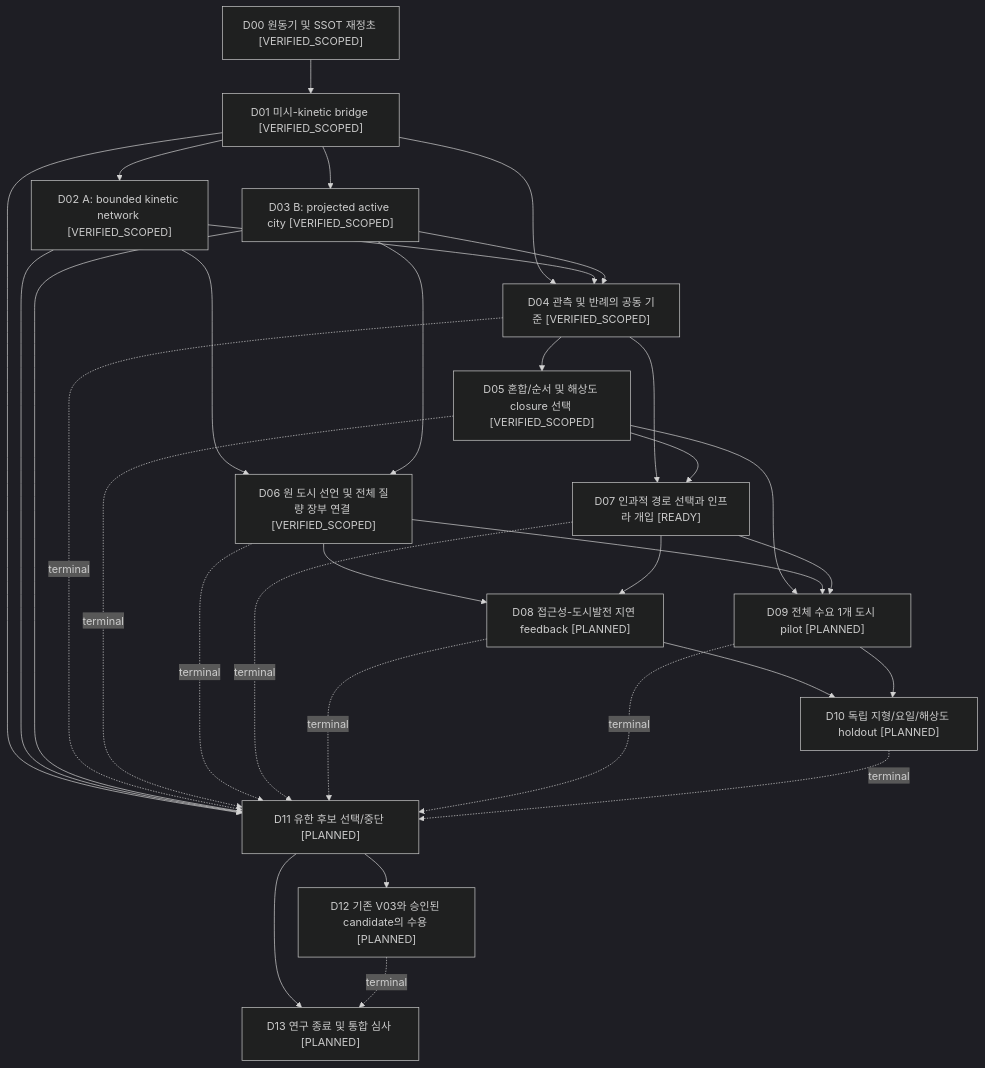
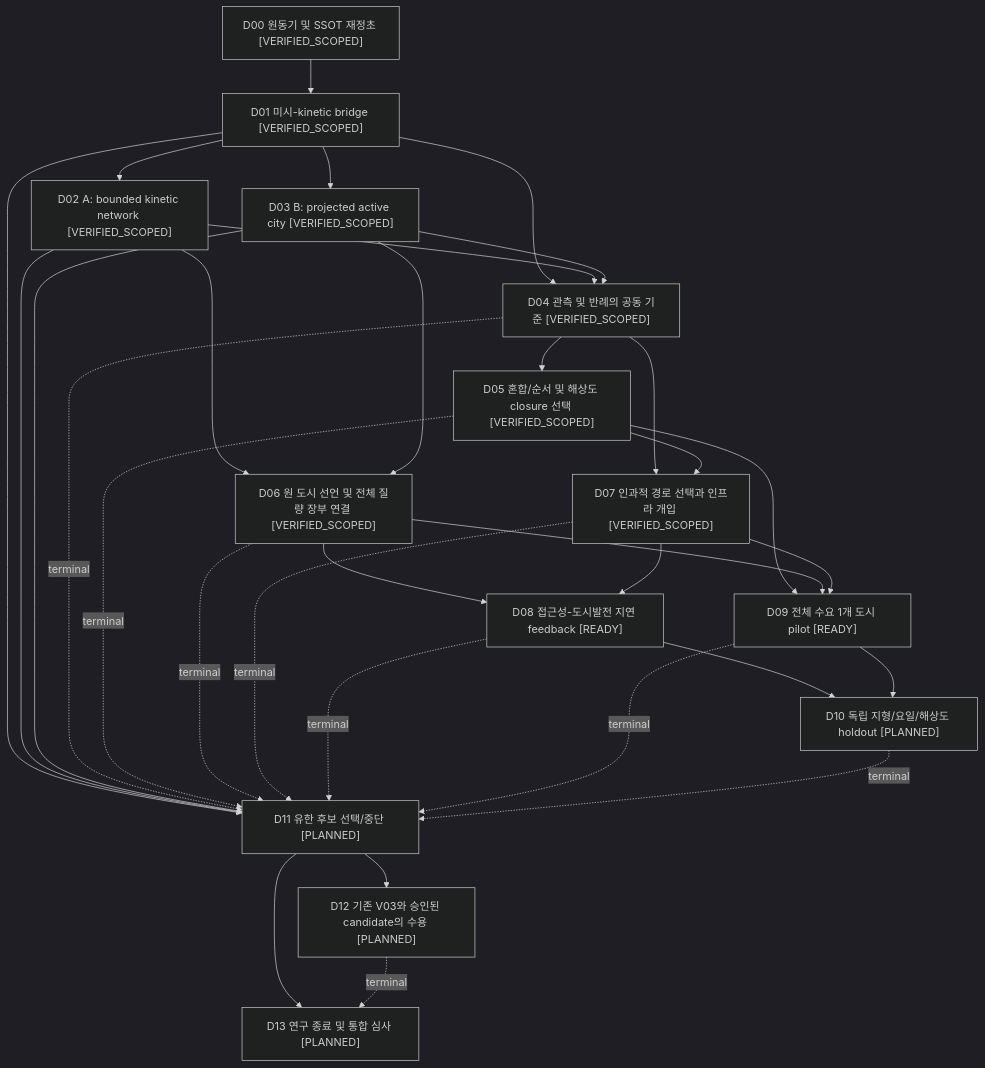
The diagram in docs/akm/DAG.mmd (cosmosapjw-quantum/urban_traffic_demo), drawn with Mermaid (dark theme) before and after one commit. The commit also changed 9 other files, not shown here.

```diff
--- a/docs/akm/DAG.mmd
+++ b/docs/akm/DAG.mmd
@@ -1,46 +1,46 @@
 flowchart TD
   D00["D00 원동기 및 SSOT 재정초 [VERIFIED_SCOPED]"]
   D01["D01 미시-kinetic bridge [VERIFIED_SCOPED]"]
   D00 --> D01
   D02["D02 A: bounded kinetic network [VERIFIED_SCOPED]"]
   D01 --> D02
   D03["D03 B: projected active city [VERIFIED_SCOPED]"]
   D01 --> D03
   D04["D04 관측 및 반례의 공동 기준 [VERIFIED_SCOPED]"]
   D01 --> D04
   D02 --> D04
   D03 --> D04
   D05["D05 혼합/순서 및 해상도 closure 선택 [VERIFIED_SCOPED]"]
   D04 --> D05
   D06["D06 원 도시 선언 및 전체 질량 장부 연결 [VERIFIED_SCOPED]"]
   D02 --> D06
   D03 --> D06
-  D07["D07 인과적 경로 선택과 인프라 개입 [READY]"]
+  D07["D07 인과적 경로 선택과 인프라 개입 [VERIFIED_SCOPED]"]
   D04 --> D07
   D05 --> D07
-  D08["D08 접근성-도시발전 지연 feedback [PLANNED]"]
+  D08["D08 접근성-도시발전 지연 feedback [READY]"]
   D06 --> D08
   D07 --> D08
-  D09["D09 전체 수요 1개 도시 pilot [PLANNED]"]
+  D09["D09 전체 수요 1개 도시 pilot [READY]"]
   D05 --> D09
   D06 --> D09
   D07 --> D09
   D10["D10 독립 지형/요일/해상도 holdout [PLANNED]"]
   D08 --> D10
   D09 --> D10
   D11["D11 유한 후보 선택/중단 [PLANNED]"]
   D01 --> D11
   D02 --> D11
   D03 --> D11
   D04 -. terminal .-> D11
   D05 -. terminal .-> D11
   D06 -. terminal .-> D11
   D07 -. terminal .-> D11
   D08 -. terminal .-> D11
   D09 -. terminal .-> D11
   D10 -. terminal .-> D11
   D12["D12 기존 V03와 승인된 candidate의 수용 [PLANNED]"]
   D11 --> D12
   D13["D13 연구 종료 및 통합 심사 [PLANNED]"]
   D11 --> D13
   D12 -. terminal .-> D13
```
